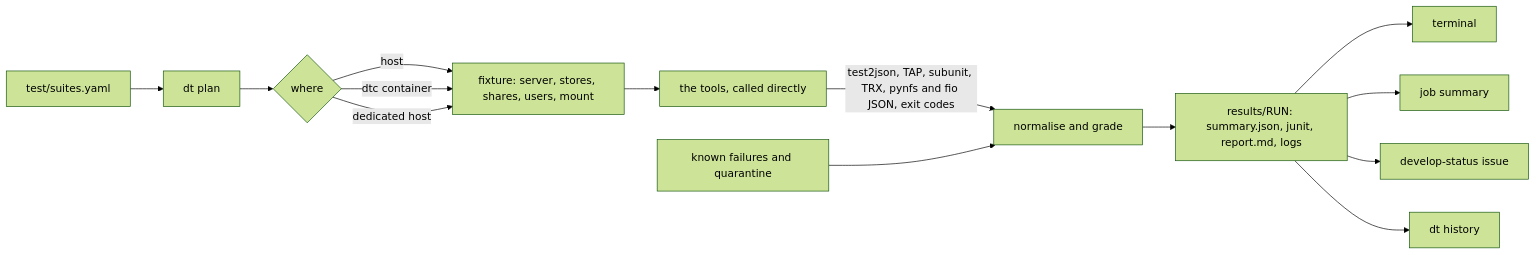
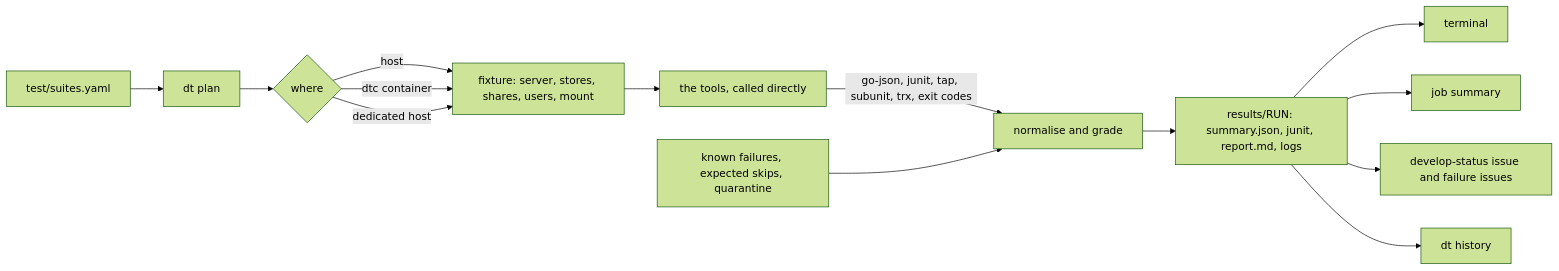
The diagram in docs/internals/rfc-test-harness.md (marmos91/dittofs), drawn with Mermaid (forest theme) before and after one commit. The commit also changed other lines of this file, not shown here.

````diff
--- a/docs/internals/rfc-test-harness.md
+++ b/docs/internals/rfc-test-harness.md
@@ -167,16 +220,16 @@
 ```mermaid
 flowchart LR
   R[test/suites.yaml] --> P[dt plan]
   P --> X{where}
   X -->|host| F[fixture: server, stores, shares, users, mount]
   X -->|dtc container| F
   X -->|dedicated host| F
   F --> E[the tools, called directly]
-  E -->|test2json, TAP, subunit, TRX, pynfs and fio JSON, exit codes| N[normalise and grade]
-  K[known failures and quarantine] --> N
+  E -->|go-json, junit, tap, subunit, trx, exit codes| N[normalise and grade]
+  K[known failures, expected skips, quarantine] --> N
   N --> S[results/RUN: summary.json, junit, report.md, logs]
   S --> T[terminal]
   S --> J[job summary]
-  S --> I[develop-status issue]
+  S --> I[develop-status issue and failure issues]
   S --> H[dt history]
 ```
````
